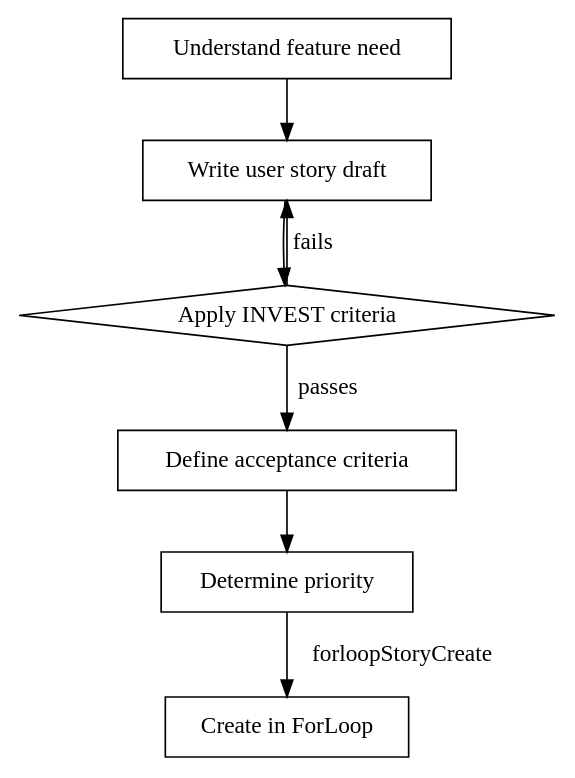
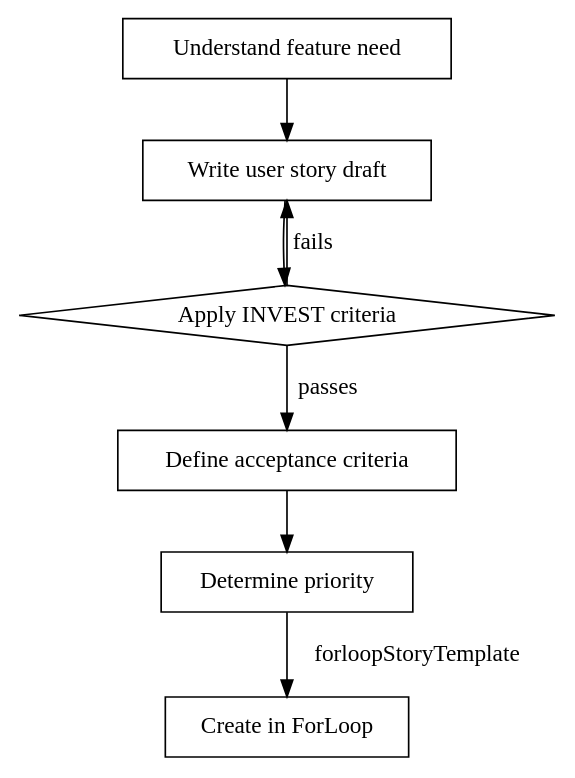
One commit to forloop-cc/forloop-agents-skills changed the diagram in skills/story-creation/SKILL.md. Above: the diagram before and after it, drawn with Graphviz. The commit also changed other lines of this file and 9 other files, not shown here.

````diff
--- a/skills/story-creation/SKILL.md
+++ b/skills/story-creation/SKILL.md
@@ -40,17 +40,17 @@
 ```dot
 digraph story_creation {
     "Understand feature need" [shape=box];
     "Write user story draft" [shape=box];
     "Apply INVEST criteria" [shape=diamond];
     "Define acceptance criteria" [shape=box];
     "Determine priority" [shape=box];
     "Create in ForLoop" [shape=box];
 
     "Understand feature need" -> "Write user story draft";
     "Write user story draft" -> "Apply INVEST criteria";
     "Apply INVEST criteria" -> "Write user story draft" [label="fails"];
     "Apply INVEST criteria" -> "Define acceptance criteria" [label="passes"];
     "Define acceptance criteria" -> "Determine priority";
-    "Determine priority" -> "Create in ForLoop" [label="forloopStoryCreate"];
+    "Determine priority" -> "Create in ForLoop" [label="forloopStoryTemplate"];
 }
 ```
````
